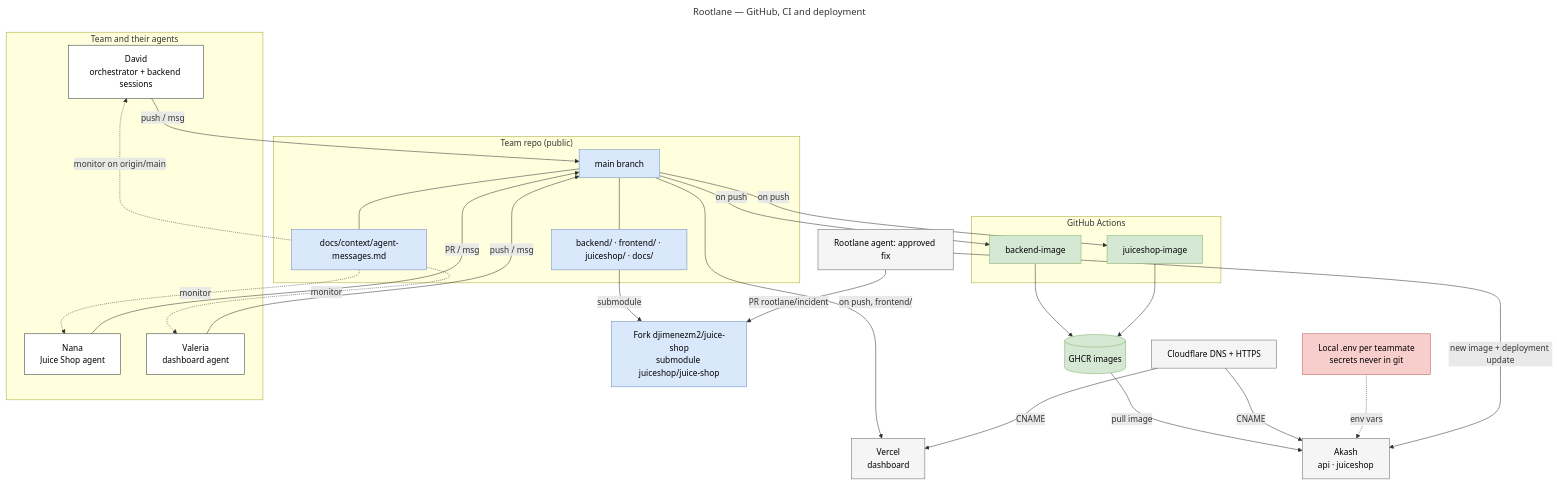
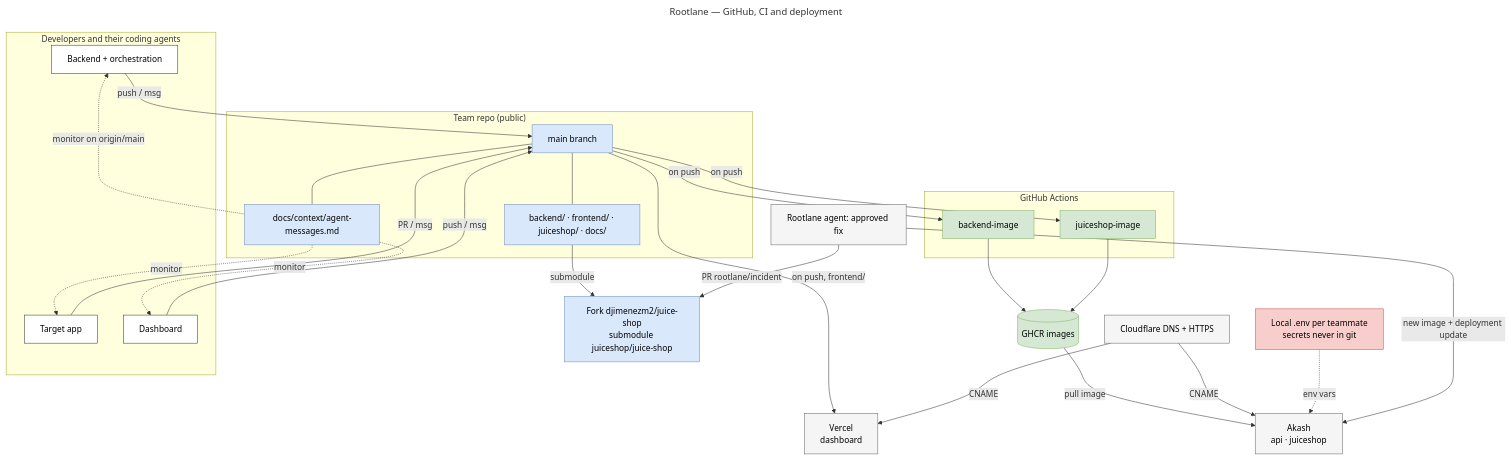
Before and after one commit to djimenezm2/Cyberdefense-Hackathon-SFTechWeek: the diagram in docs/diagrams/src/2-github-ci-deployment.mmd, drawn with Mermaid. The commit also changed 3 other files, not shown here.

First line of the commit message:
Remove people's names from the diagrams

```diff
--- a/docs/diagrams/src/2-github-ci-deployment.mmd
+++ b/docs/diagrams/src/2-github-ci-deployment.mmd
@@ -1,53 +1,53 @@
 ---
 title: Rootlane — GitHub, CI and deployment
 ---
 flowchart TB
-  subgraph Team["Team and their agents"]
-    david["David<br>orchestrator + backend sessions"]
-    nana["Nana<br>Juice Shop agent"]
-    valeria["Valeria<br>dashboard agent"]
+  subgraph Team["Developers and their coding agents"]
+    devbackend["Backend + orchestration"]
+    devtarget["Target app"]
+    devdash["Dashboard"]
   end
   subgraph Repo["Team repo (public)"]
     main["main branch"]
     folders["backend/ · frontend/ · juiceshop/ · docs/"]
     msgs["docs/context/agent-messages.md"]
   end
   fork["Fork djimenezm2/juice-shop<br>submodule juiceshop/juice-shop"]
   subgraph CI["GitHub Actions"]
     wbe["backend-image"]
     wjs["juiceshop-image"]
   end
   ghcr[("GHCR images")]
   akash["Akash<br>api · juiceshop"]
   vercel["Vercel<br>dashboard"]
   cf["Cloudflare DNS + HTTPS"]
   envf["Local .env per teammate<br>secrets never in git"]
   agentfix["Rootlane agent: approved fix"]
-  david -- "push / msg" --> main
-  nana -- "PR / msg" --> main
-  valeria -- "push / msg" --> main
+  devbackend -- "push / msg" --> main
+  devtarget -- "PR / msg" --> main
+  devdash -- "push / msg" --> main
   main --- folders
   main --- msgs
-  msgs -. "monitor on origin/main" .-> david
-  msgs -. "monitor" .-> nana
-  msgs -. "monitor" .-> valeria
+  msgs -. "monitor on origin/main" .-> devbackend
+  msgs -. "monitor" .-> devtarget
+  msgs -. "monitor" .-> devdash
   folders -- "submodule" --> fork
   main -- "on push" --> wbe --> ghcr
   main -- "on push" --> wjs --> ghcr
   main -- "on push, frontend/" --> vercel
   ghcr -- "pull image" --> akash
   cf -- "CNAME" --> akash
   cf -- "CNAME" --> vercel
   envf -. "env vars" .-> akash
   agentfix -- "PR rootlane/incident" --> fork
   agentfix -- "new image + deployment update" --> akash
   classDef person fill:#ffffff,stroke:#333333,color:#000000
   classDef repo fill:#dae8fc,stroke:#6c8ebf,color:#000000
   classDef ci fill:#d5e8d4,stroke:#82b366,color:#000000
   classDef run fill:#f5f5f5,stroke:#666666,color:#000000
   classDef secret fill:#f8cecc,stroke:#b85450,color:#000000
-  class david,nana,valeria person
+  class devbackend,devtarget,devdash person
   class main,folders,msgs,fork repo
   class wbe,wjs,ghcr ci
   class akash,vercel,cf,agentfix run
   class envf secret
```
